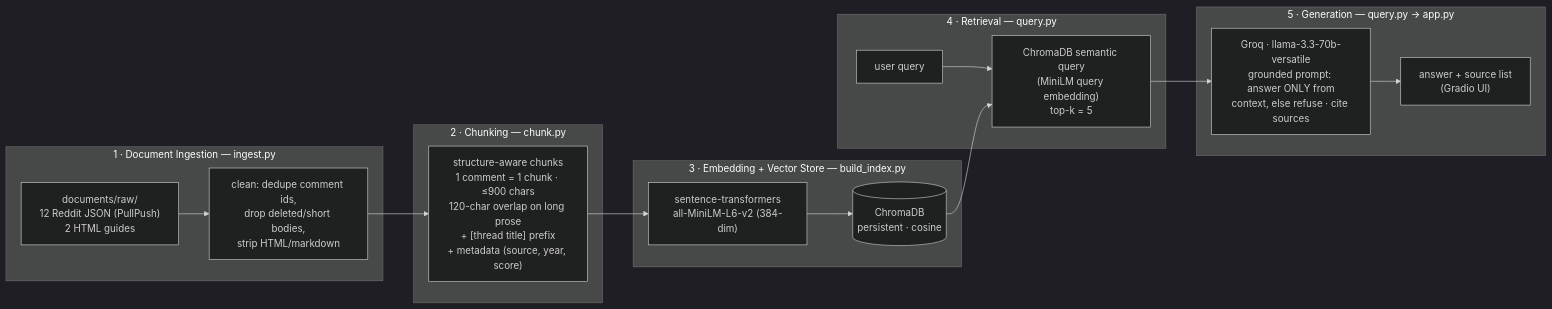
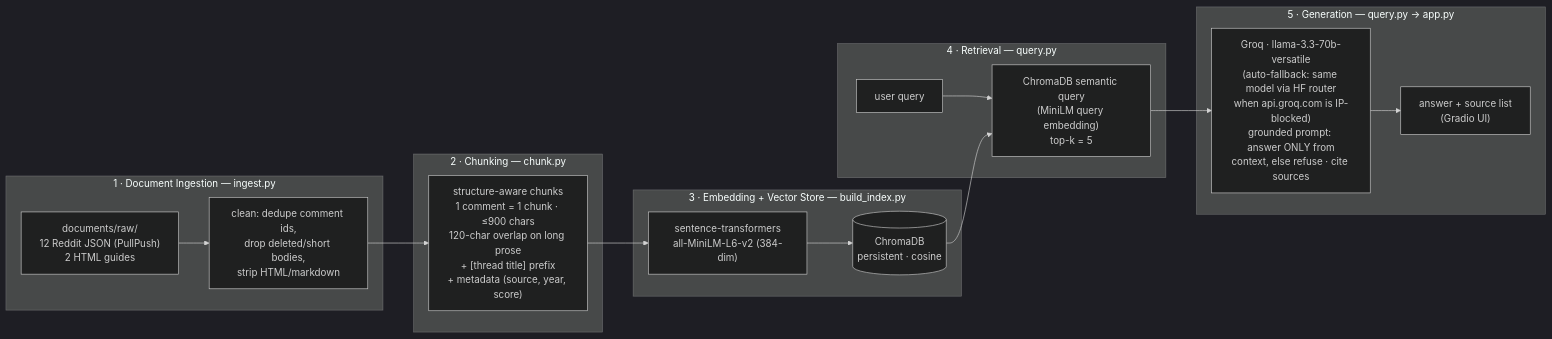
Before and after one commit to LifeBringer/unofficial-rag-guide: the diagram in planning.md, drawn with Mermaid (dark theme). The commit also changed 4 other files, not shown here.

Commit message:
Wire grounded generation (Groq + HF fallback) and Gradio UI

````diff
--- a/planning.md
+++ b/planning.md
@@ -106,21 +106,21 @@
 ```mermaid
 flowchart LR
     subgraph Ingestion["1 · Document Ingestion — ingest.py"]
         A["documents/raw/<br/>12 Reddit JSON (PullPush)<br/>2 HTML guides"] --> B["clean: dedupe comment ids,<br/>drop deleted/short bodies,<br/>strip HTML/markdown"]
     end
     subgraph Chunking["2 · Chunking — chunk.py"]
         B --> C["structure-aware chunks<br/>1 comment = 1 chunk · ≤900 chars<br/>120-char overlap on long prose<br/>+ [thread title] prefix<br/>+ metadata (source, year, score)"]
     end
     subgraph Embed["3 · Embedding + Vector Store — build_index.py"]
         C --> D["sentence-transformers<br/>all-MiniLM-L6-v2 (384-dim)"]
         D --> E[("ChromaDB<br/>persistent · cosine")]
     end
     subgraph Retrieval["4 · Retrieval — query.py"]
         Q["user query"] --> R["ChromaDB semantic query<br/>(MiniLM query embedding)<br/>top-k = 5"]
         E --> R
     end
     subgraph Generation["5 · Generation — query.py → app.py"]
-        R --> G["Groq · llama-3.3-70b-versatile<br/>grounded prompt: answer ONLY from<br/>context, else refuse · cite sources"]
+        R --> G["Groq · llama-3.3-70b-versatile<br/>(auto-fallback: same model via HF router<br/>when api.groq.com is IP-blocked)<br/>grounded prompt: answer ONLY from<br/>context, else refuse · cite sources"]
         G --> OUT["answer + source list<br/>(Gradio UI)"]
     end
 ```
````
